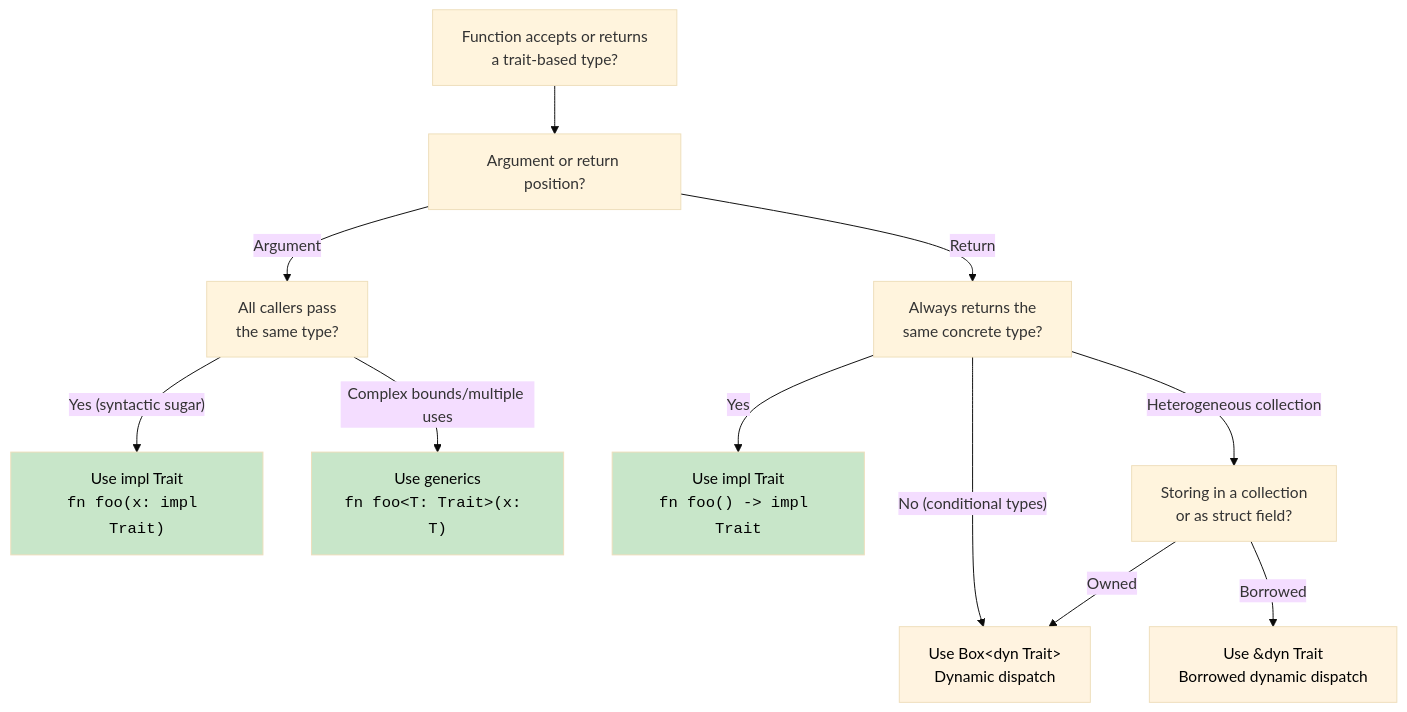
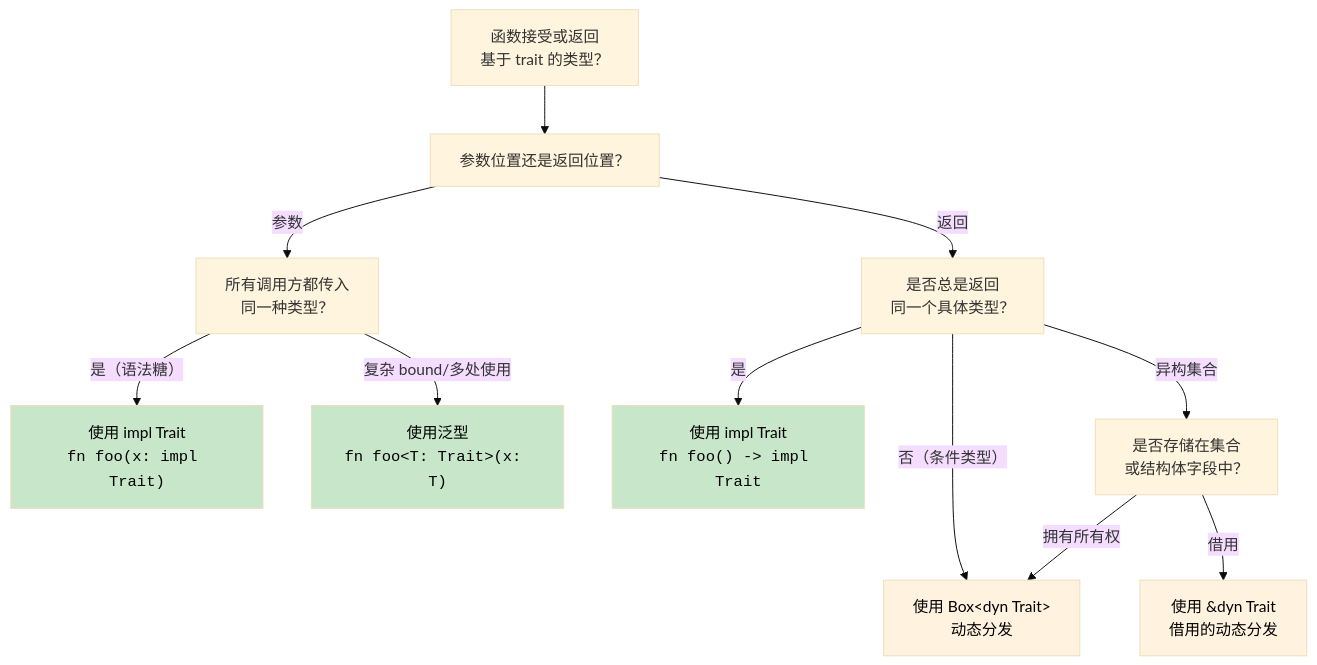
One commit to xiaofengoop/rust-for-csharp-programmers-zh-cn changed the diagram in zh-cn/csharp-book/src/ch10-traits-and-generics.md. Above: the diagram before and after it, drawn with Mermaid (base theme). The commit also changed other lines of this file and 38 other files, not shown here.

````diff
--- a/zh-cn/csharp-book/src/ch10-traits-and-generics.md
+++ b/zh-cn/csharp-book/src/ch10-traits-and-generics.md
@@ -524,31 +537,31 @@
 ```mermaid
 graph TD
-    START["Function accepts or returns<br/>a trait-based type?"]
-    POSITION["Argument or return position?"]
-    ARG_SAME["All callers pass<br/>the same type?"]
-    RET_SINGLE["Always returns the<br/>same concrete type?"]
-    COLLECTION["Storing in a collection<br/>or as struct field?"]
+    START["函数接受或返回<br/>基于 trait 的类型？"]
+    POSITION["参数位置还是返回位置？"]
+    ARG_SAME["所有调用方都传入<br/>同一种类型？"]
+    RET_SINGLE["是否总是返回<br/>同一个具体类型？"]
+    COLLECTION["是否存储在集合<br/>或结构体字段中？"]
 
-    GENERIC["Use generics<br/><code>fn foo&lt;T: Trait&gt;(x: T)</code>"]
-    IMPL_ARG["Use impl Trait<br/><code>fn foo(x: impl Trait)</code>"]
-    IMPL_RET["Use impl Trait<br/><code>fn foo() -> impl Trait</code>"]
-    DYN_BOX["Use Box&lt;dyn Trait&gt;<br/>Dynamic dispatch"]
-    DYN_REF["Use &dyn Trait<br/>Borrowed dynamic dispatch"]
+    GENERIC["使用泛型<br/><code>fn foo&lt;T: Trait&gt;(x: T)</code>"]
+    IMPL_ARG["使用 impl Trait<br/><code>fn foo(x: impl Trait)</code>"]
+    IMPL_RET["使用 impl Trait<br/><code>fn foo() -> impl Trait</code>"]
+    DYN_BOX["使用 Box&lt;dyn Trait&gt;<br/>动态分发"]
+    DYN_REF["使用 &dyn Trait<br/>借用的动态分发"]
 
     START --> POSITION
-    POSITION -->|Argument| ARG_SAME
-    POSITION -->|Return| RET_SINGLE
-    ARG_SAME -->|"Yes (syntactic sugar)"| IMPL_ARG
-    ARG_SAME -->|"Complex bounds/multiple uses"| GENERIC
-    RET_SINGLE -->|Yes| IMPL_RET
-    RET_SINGLE -->|"No (conditional types)"| DYN_BOX
-    RET_SINGLE -->|"Heterogeneous collection"| COLLECTION
-    COLLECTION -->|Owned| DYN_BOX
-    COLLECTION -->|Borrowed| DYN_REF
+    POSITION -->|参数| ARG_SAME
+    POSITION -->|返回| RET_SINGLE
+    ARG_SAME -->|"是（语法糖）"| IMPL_ARG
+    ARG_SAME -->|"复杂 bound/多处使用"| GENERIC
+    RET_SINGLE -->|是| IMPL_RET
+    RET_SINGLE -->|"否（条件类型）"| DYN_BOX
+    RET_SINGLE -->|"异构集合"| COLLECTION
+    COLLECTION -->|拥有所有权| DYN_BOX
+    COLLECTION -->|借用| DYN_REF
 
     style GENERIC fill:#c8e6c9,color:#000
     style IMPL_ARG fill:#c8e6c9,color:#000
     style IMPL_RET fill:#c8e6c9,color:#000
     style DYN_BOX fill:#fff3e0,color:#000
     style DYN_REF fill:#fff3e0,color:#000
 ```
````
